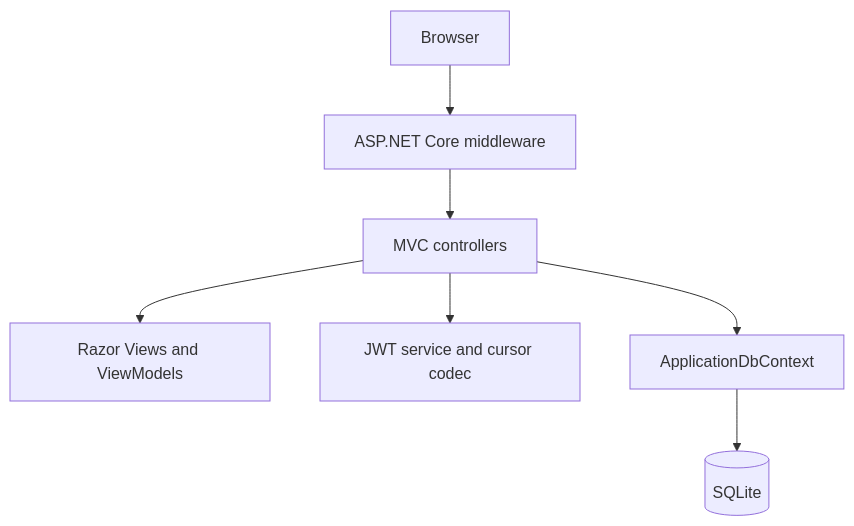
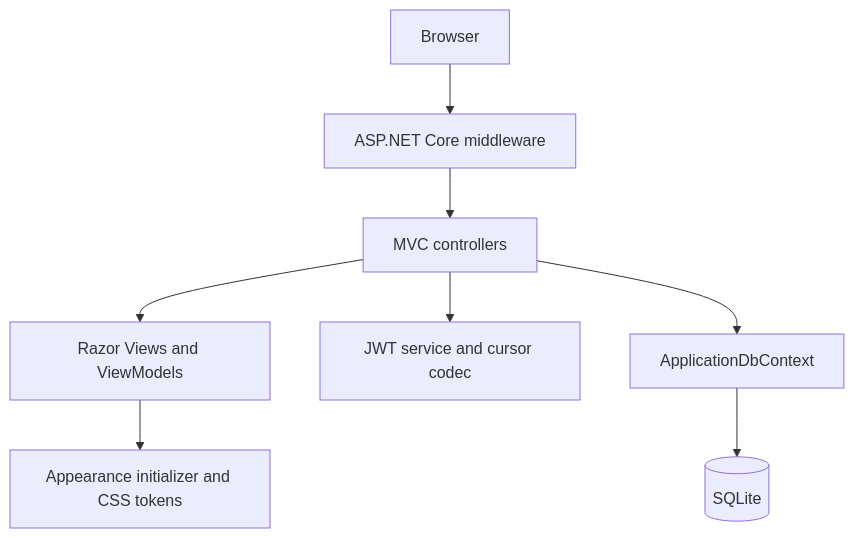
Before and after one commit to argorilla/job-application-tracker: the second of 10 diagrams in docs/architecture.md, drawn with Mermaid. The commit also changed other lines of this file and 1 other file, not shown here.

Commit message:
docs: document configurable appearance

````diff
--- a/docs/architecture.md
+++ b/docs/architecture.md
@@ -20,17 +20,19 @@
 ```mermaid
 flowchart TB
     Browser[Browser]
     Middleware[ASP.NET Core middleware]
     Controllers[MVC controllers]
     Views[Razor Views and ViewModels]
+    Appearance[Appearance initializer and CSS tokens]
     Services[JWT service and cursor codec]
     Context[ApplicationDbContext]
     Database[(SQLite)]
 
     Browser --> Middleware
     Middleware --> Controllers
     Controllers --> Views
+    Views --> Appearance
     Controllers --> Services
     Controllers --> Context
     Context --> Database
 ```
````
